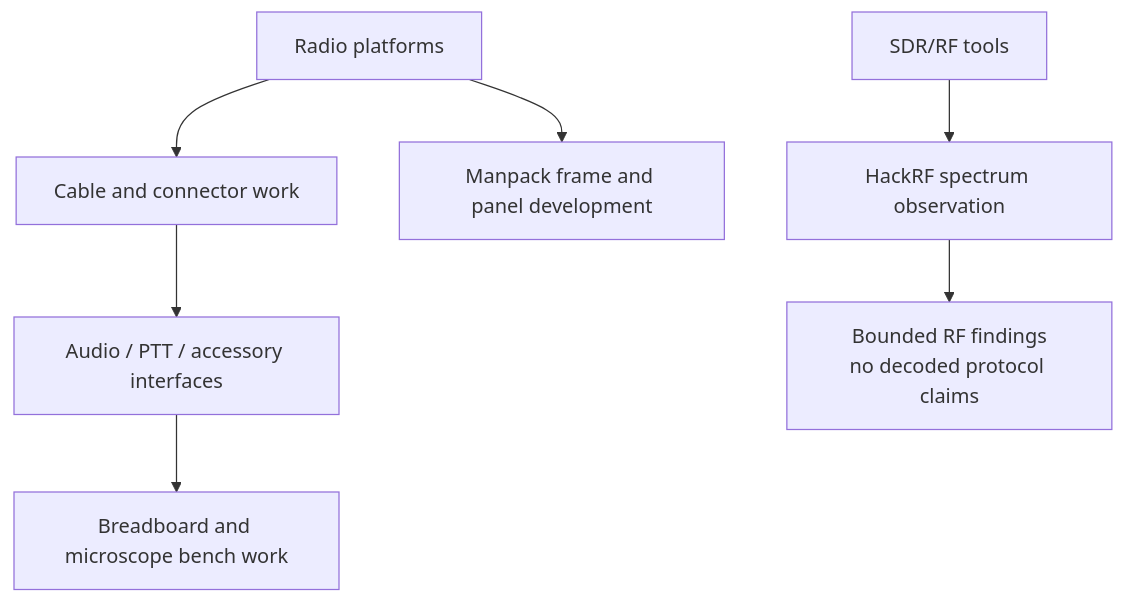
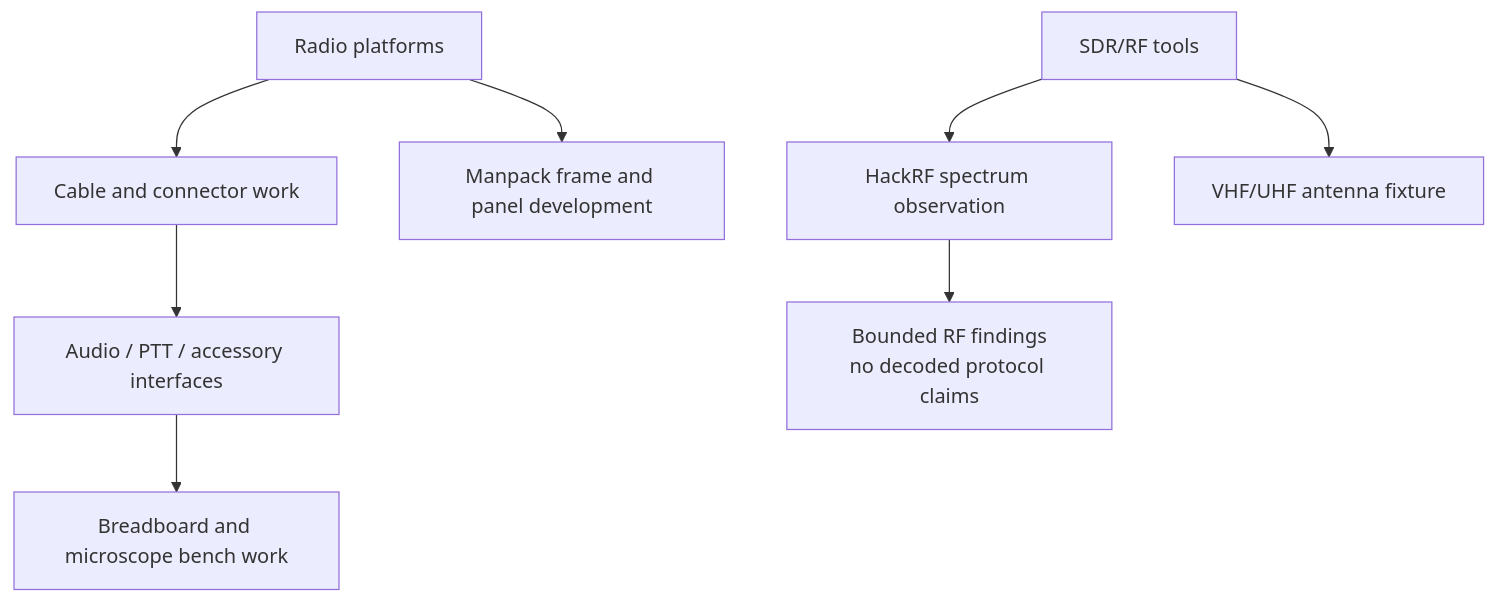
One commit to jjudge213/radio-electronics-interface-lab changed the diagram in README.md. Above: the diagram before and after it, drawn with Mermaid. The commit also changed other lines of this file and 13 other files, not shown here.

Commit message:
Add VHF UHF dipole antenna fixture documentation

````diff
--- a/README.md
+++ b/README.md
@@ -27,9 +29,10 @@
 ```mermaid
 flowchart TD
     radio[Radio platforms] --> cable[Cable and connector work]
     cable --> audio[Audio / PTT / accessory interfaces]
     audio --> bench[Breadboard and microscope bench work]
     radio --> manpack[Manpack frame and panel development]
     rf[SDR/RF tools] --> sweep[HackRF spectrum observation]
+    rf --> antenna[VHF/UHF antenna fixture]
     sweep --> notes[Bounded RF findings<br/>no decoded protocol claims]
 ```
````
